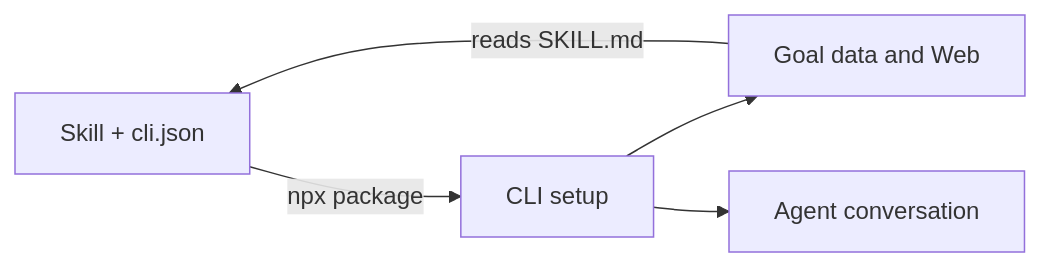
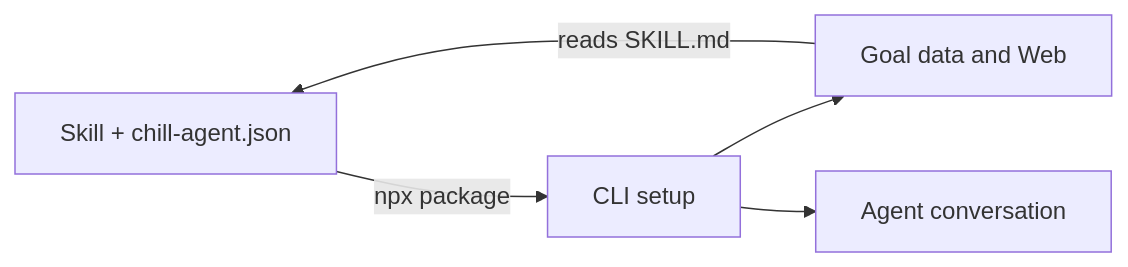
The diagram in docs/architecture.md (game-dev-rta-club/chill-agent), drawn with Mermaid before and after one commit. The commit also changed other lines of this file and 13 other files, not shown here.

First line of the commit message:
Name the skill's version file chill-agent.json

````diff
--- a/docs/architecture.md
+++ b/docs/architecture.md
@@ -19,7 +19,7 @@
 ```mermaid
 flowchart LR
-  A[Skill + cli.json] -- npx package --> B[CLI setup]
+  A[Skill + chill-agent.json] -- npx package --> B[CLI setup]
   B --> C[Goal data and Web]
   B --> D[Agent conversation]
   C -- reads SKILL.md --> A
 ```
````
